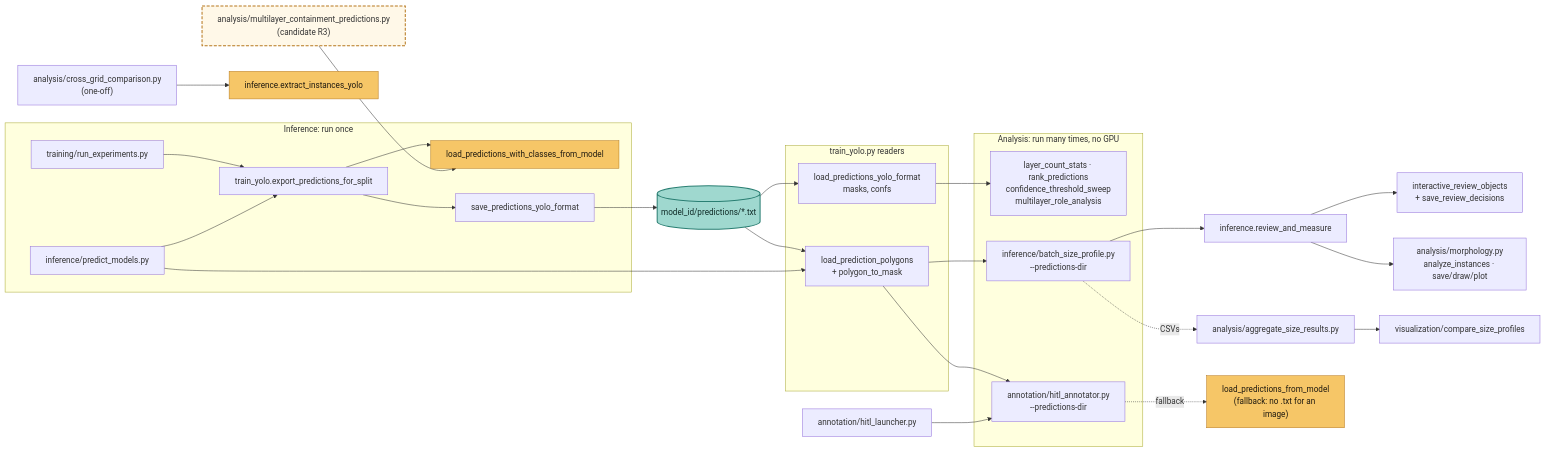
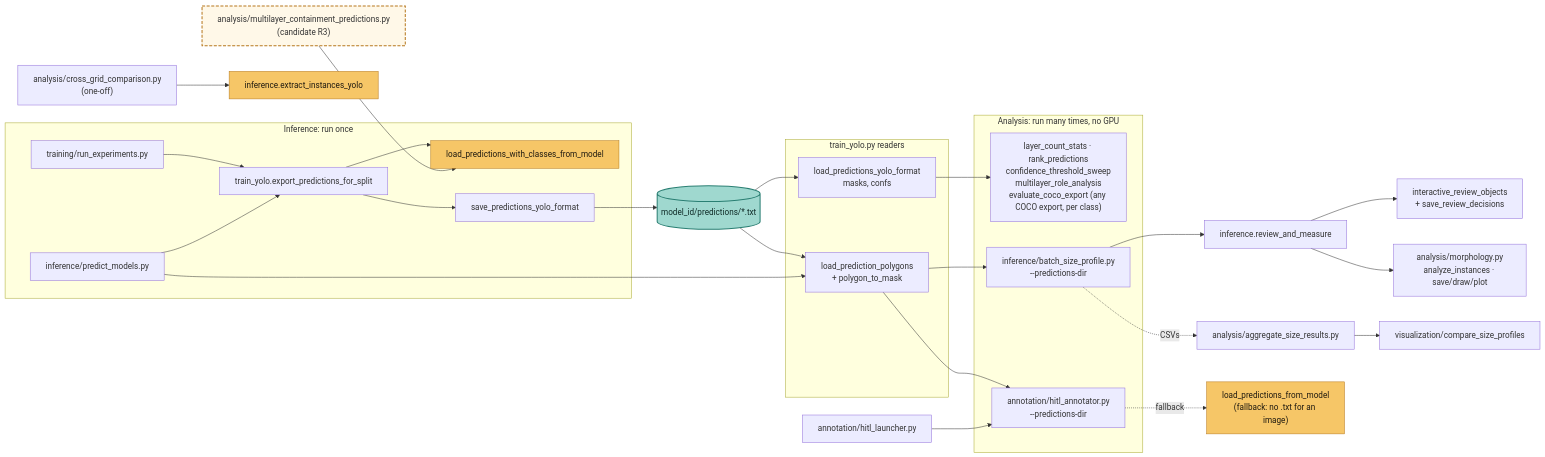
The diagram in docs/ARCHITECTURE.md (pkdes/cryoEV), drawn with Mermaid before and after one commit. The commit also changed 8 other files, not shown here.

````diff
--- a/docs/ARCHITECTURE.md
+++ b/docs/ARCHITECTURE.md
@@ -5,56 +5,56 @@
 ```mermaid
 flowchart LR
   subgraph PRODUCE["Inference: run once"]
     PM["inference/predict_models.py"]
     RE["training/run_experiments.py"]
     EXP["train_yolo.export_predictions_for_split"]
     LPC["load_predictions_with_classes_from_model"]
     SPY["save_predictions_yolo_format"]
   end
 
   CACHE[("model_id/predictions/*.txt")]
 
   subgraph READ["train_yolo.py readers"]
     LPY["load_predictions_yolo_format<br/>masks, confs"]
     LPP["load_prediction_polygons<br/>+ polygon_to_mask"]
   end
 
   subgraph CONSUME["Analysis: run many times, no GPU"]
-    AN["layer_count_stats · rank_predictions<br/>confidence_threshold_sweep<br/>multilayer_role_analysis"]
+    AN["layer_count_stats · rank_predictions<br/>confidence_threshold_sweep<br/>multilayer_role_analysis<br/>evaluate_coco_export (any COCO export, per class)"]
     BSP["inference/batch_size_profile.py<br/>--predictions-dir"]
     HA["annotation/hitl_annotator.py<br/>--predictions-dir"]
   end
 
   RAM["inference.review_and_measure"]
   IRO["interactive_review_objects<br/>+ save_review_decisions"]
   MORPH["analysis/morphology.py<br/>analyze_instances · save/draw/plot"]
   AGG["analysis/aggregate_size_results.py"] --> CSP["visualization/compare_size_profiles"]
   HL["annotation/hitl_launcher.py"] --> HA
   LPM["load_predictions_from_model<br/>(fallback: no .txt for an image)"]
 
   CG["analysis/cross_grid_comparison.py<br/>(one-off)"] --> EIY["inference.extract_instances_yolo"]
   MCP["analysis/multilayer_containment_predictions.py<br/>(candidate R3)"] --> LPC
 
   PM --> EXP
   RE --> EXP
   EXP --> LPC
   EXP --> SPY --> CACHE
   PM --> LPP
   CACHE --> LPY
   CACHE --> LPP
   LPY --> AN
   LPP --> BSP
   LPP --> HA
   HA -. fallback .-> LPM
   BSP --> RAM
   RAM --> IRO
   RAM --> MORPH
   BSP -. CSVs .-> AGG
 
   classDef yolo fill:#f6c667,stroke:#b7791f,color:#1f1a10
   classDef cache fill:#9fd8cf,stroke:#2a7f73,color:#0f2b27,stroke-width:2px
   classDef r3 fill:#fff8e8,stroke:#b7791f,stroke-width:2px,stroke-dasharray:6 3
   class LPC,LPM,EIY yolo
   class CACHE cache
   class MCP r3
 ```
````
